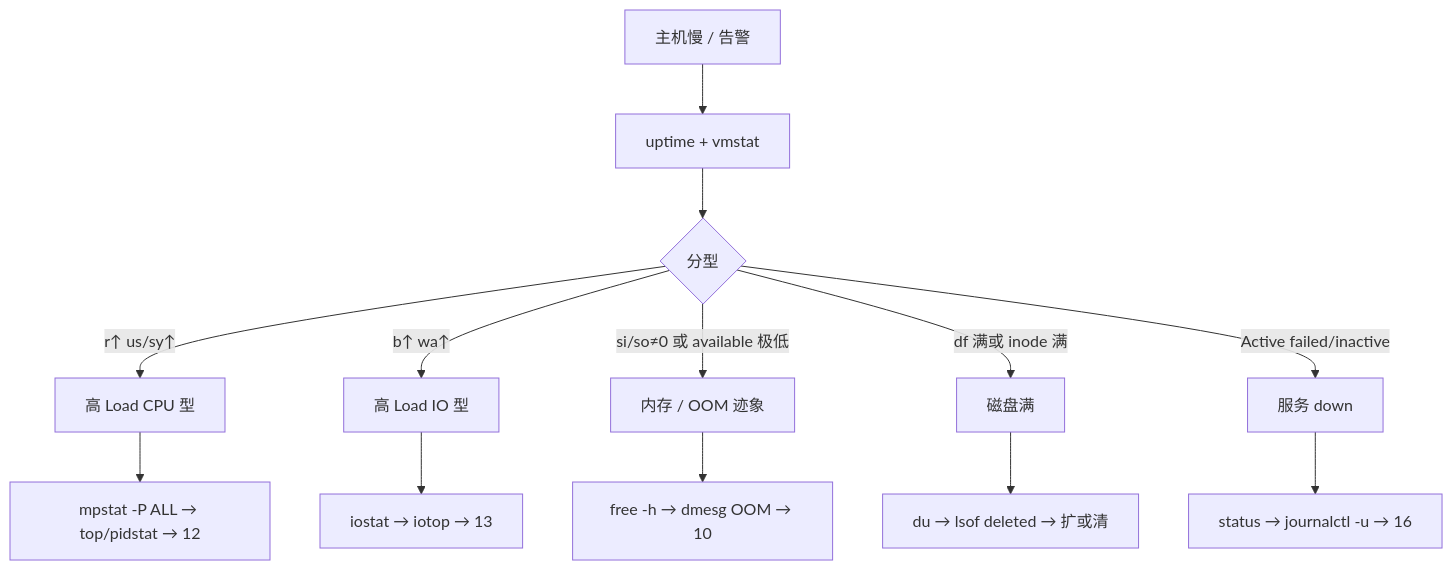
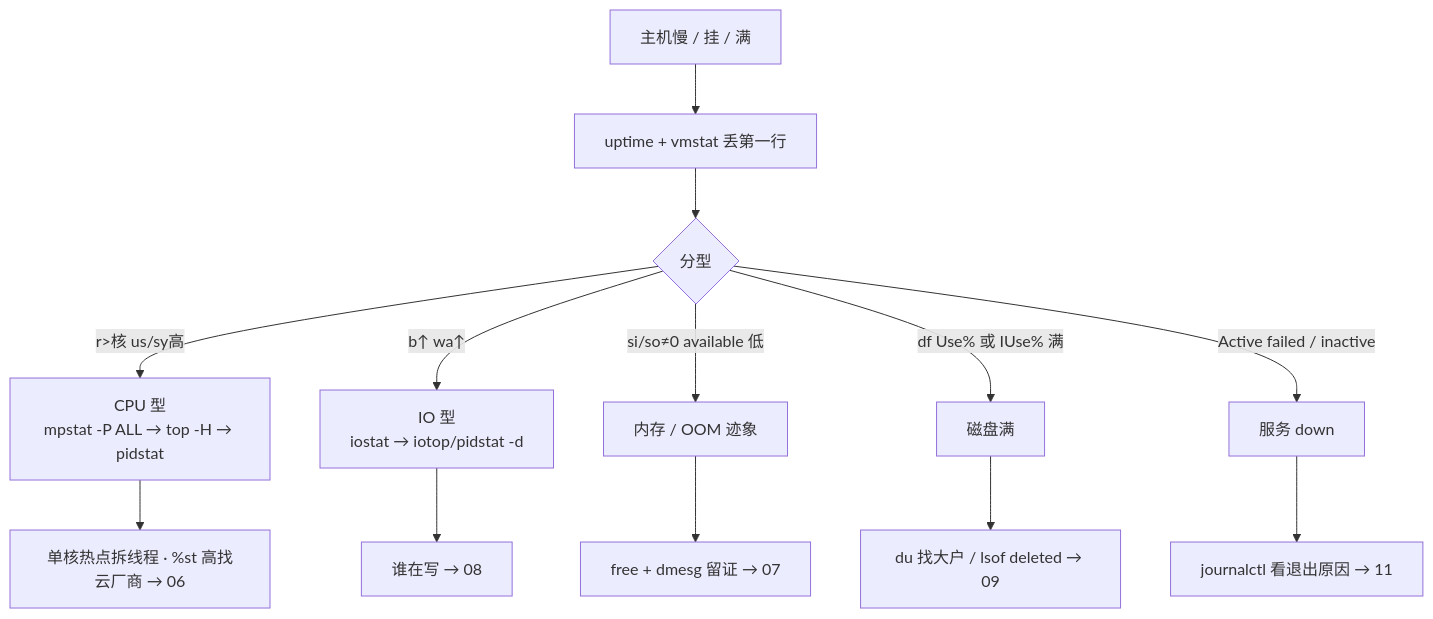
Before and after one commit to ml-cuizijun/LearnToLilith: the fourth of 4 diagrams in 01-基础底座/01-主机排查命令/知识点.md, drawn with Mermaid. The commit also changed other lines of this file and 470 other files, not shown here.

````diff
--- a/01-基础底座/01-主机排查命令/知识点.md
+++ b/01-基础底座/01-主机排查命令/知识点.md
@@ -1160,15 +528,15 @@
 ```mermaid
 flowchart TB
-    A["主机慢 / 告警"] --> B["uptime + vmstat"]
+    A["主机慢 / 挂 / 满"] --> B["uptime + vmstat 丢第一行"]
     B --> C{"分型"}
-    C -->|r↑ us/sy↑| D["高 Load CPU 型"]
-    C -->|b↑ wa↑| E["高 Load IO 型"]
-    C -->|si/so≠0 或 available 极低| F["内存 / OOM 迹象"]
-    C -->|df 满或 inode 满| G["磁盘满"]
-    C -->|Active failed/inactive| H["服务 down"]
-    D --> D1["mpstat -P ALL → top/pidstat → 12"]
-    E --> E1["iostat → iotop → 13"]
-    F --> F1["free -h → dmesg OOM → 10"]
-    G --> G1["du → lsof deleted → 扩或清"]
-    H --> H1["status → journalctl -u → 16"]
+    C -->|"r>核 us/sy高"| D["CPU 型<br/>mpstat -P ALL → top -H → pidstat"]
+    C -->|"b↑ wa↑"| E["IO 型<br/>iostat → iotop/pidstat -d"]
+    C -->|"si/so≠0 available 低"| F["内存 / OOM 迹象"]
+    C -->|"df Use% 或 IUse% 满"| G["磁盘满"]
+    C -->|"Active failed / inactive"| H["服务 down"]
+    D --> D1["单核热点拆线程 · %st 高找云厂商 → 06"]
+    E --> E1["谁在写 → 08"]
+    F --> F1["free + dmesg 留证 → 07"]
+    G --> G1["du 找大户 / lsof deleted → 09"]
+    H --> H1["journalctl 看退出原因 → 11"]
 ```
````
